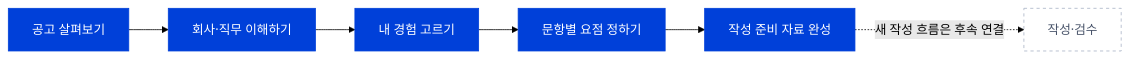
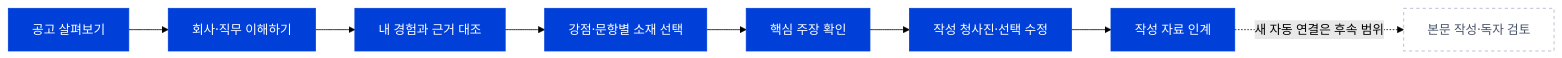
The diagram in README.md (yoon-chan-hyeok/career-harness-v2), drawn with Mermaid (forest theme) before and after one commit. The commit also changed other lines of this file, not shown here.

````diff
--- a/README.md
+++ b/README.md
@@ -43,12 +29,14 @@
 ```mermaid
 flowchart LR
     A["공고 살펴보기"] --> B["회사·직무 이해하기"]
-    B --> C["내 경험 고르기"]
-    C --> D["문항별 요점 정하기"]
-    D --> E["작성 준비 자료 완성"]
-    E -. "새 작성 흐름은 후속 연결" .-> F["작성·검수"]
+    B --> C["내 경험과 근거 대조"]
+    C --> D["강점·문항별 소재 선택"]
+    D --> E["핵심 주장 확인"]
+    E --> F["작성 청사진·선택 수정"]
+    F --> G["작성 자료 인계"]
+    G -. "새 자동 연결은 후속 범위" .-> H["본문 작성·독자 검토"]
     classDef active fill:#0040d9,color:#ffffff,stroke:#0040d9;
     classDef future fill:#ffffff,color:#49546a,stroke:#a8b2c5,stroke-dasharray:4 4;
-    class A,B,C,D,E active;
-    class F future;
+    class A,B,C,D,E,F,G active;
+    class H future;
 ```
````
